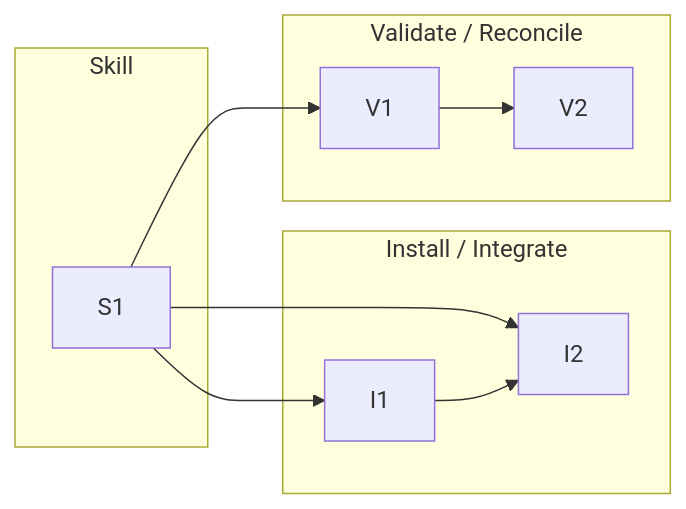
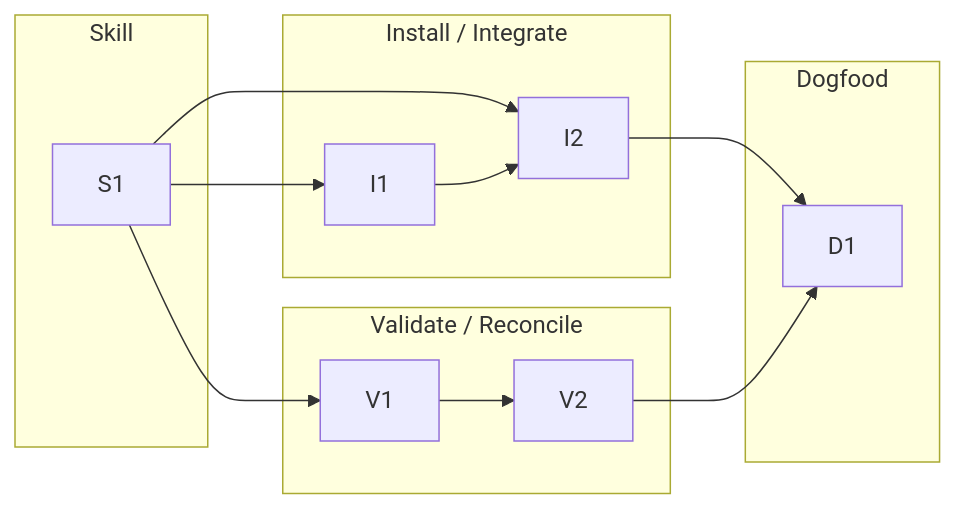
Before and after one commit to mynghn/metacognition: the diagram in docs/features/0005-kb-capture-merit-gate/tasks.md, drawn with Mermaid. The commit also changed other lines of this file and 2 other files, not shown here.

First line of the commit message:
docs(0005): add D1 dogfood capstone; fix pushed-branch test-case premise

````diff
--- a/docs/features/0005-kb-capture-merit-gate/tasks.md
+++ b/docs/features/0005-kb-capture-merit-gate/tasks.md
@@ -10,19 +10,24 @@
 ```mermaid
 flowchart LR
     subgraph S [Skill]
       S1
     end
     subgraph I [Install / Integrate]
       I1
       I2
     end
     subgraph V [Validate / Reconcile]
       V1
       V2
     end
+    subgraph D [Dogfood]
+      D1
+    end
     S1 --> I1
     S1 --> I2
     I1 --> I2
     S1 --> V1
     V1 --> V2
+    I2 --> D1
+    V2 --> D1
 ```
````
